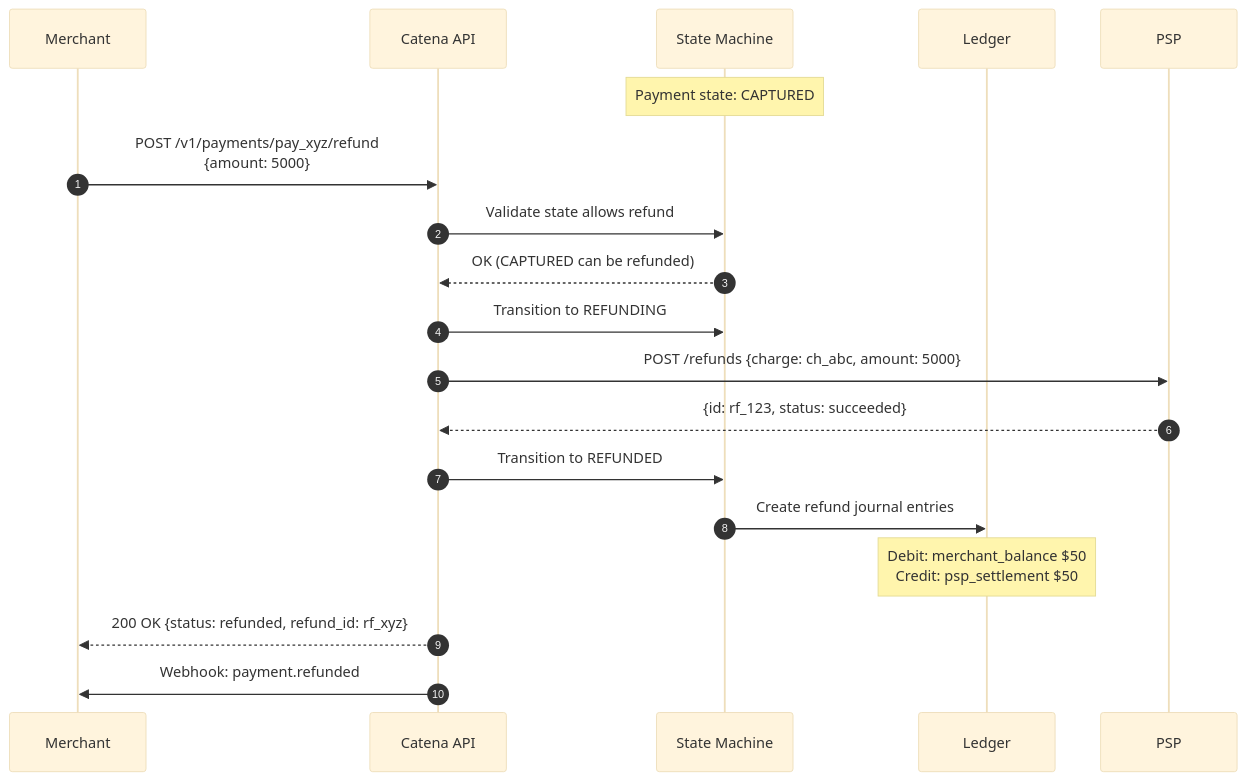
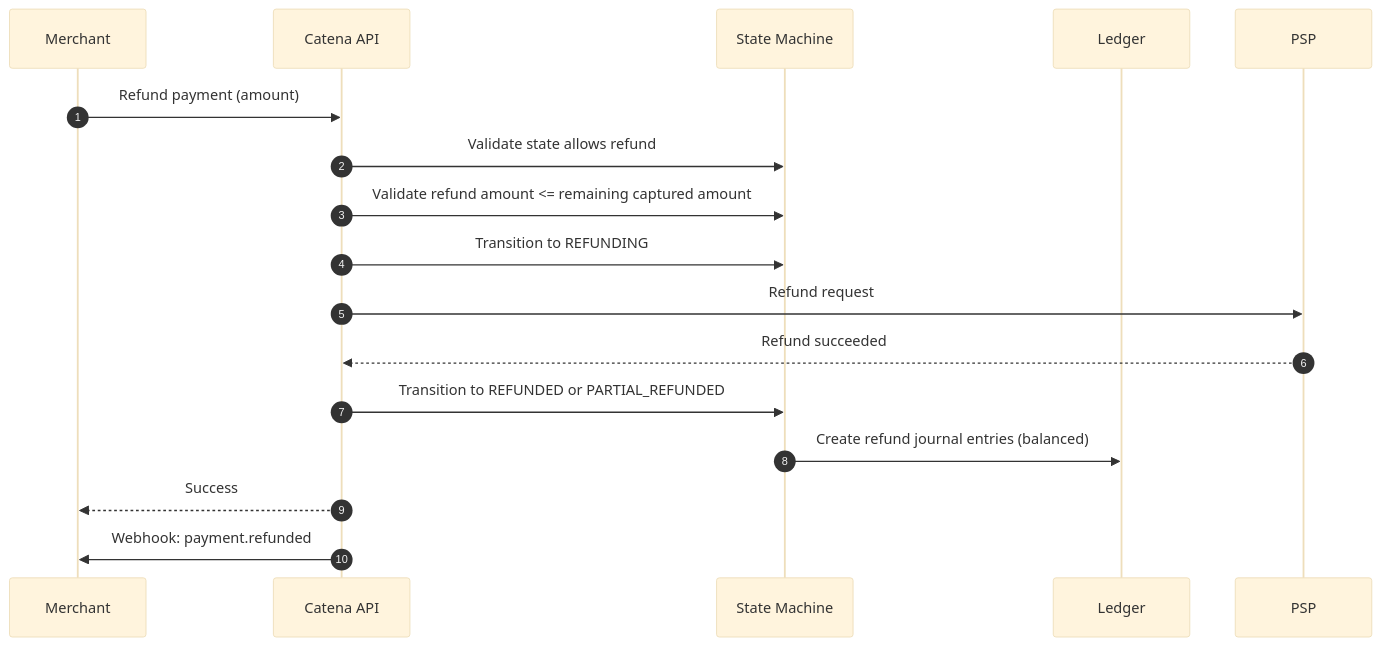
Before and after one commit to ashishthakur913/catenadocs: the tenth of 15 diagrams in PRD.md, drawn with Mermaid (base theme). The commit also changed other lines of this file and 1 other file, not shown here.

````diff
--- a/PRD.md
+++ b/PRD.md
@@ -1104,25 +785,20 @@
 ```mermaid
 sequenceDiagram
     autonumber
     participant M as Merchant
     participant C as Catena API
     participant S as State Machine
     participant L as Ledger
     participant P as PSP
     
-    Note over S: Payment state: CAPTURED
-    
-    M->>C: POST /v1/payments/pay_xyz/refund<br/>{amount: 5000}
+    M->>C: Refund payment (amount)
     C->>S: Validate state allows refund
-    S-->>C: OK (CAPTURED can be refunded)
+    C->>S: Validate refund amount <= remaining captured amount
     C->>S: Transition to REFUNDING
-    C->>P: POST /refunds {charge: ch_abc, amount: 5000}
-    P-->>C: {id: rf_123, status: succeeded}
-    C->>S: Transition to REFUNDED
-    
-    S->>L: Create refund journal entries
-    Note over L: Debit: merchant_balance $50<br/>Credit: psp_settlement $50
-    
-    C-->>M: 200 OK {status: refunded, refund_id: rf_xyz}
+    C->>P: Refund request
+    P-->>C: Refund succeeded
+    C->>S: Transition to REFUNDED or PARTIAL_REFUNDED
+    S->>L: Create refund journal entries (balanced)
+    C-->>M: Success
     C->>M: Webhook: payment.refunded
 ```
````
